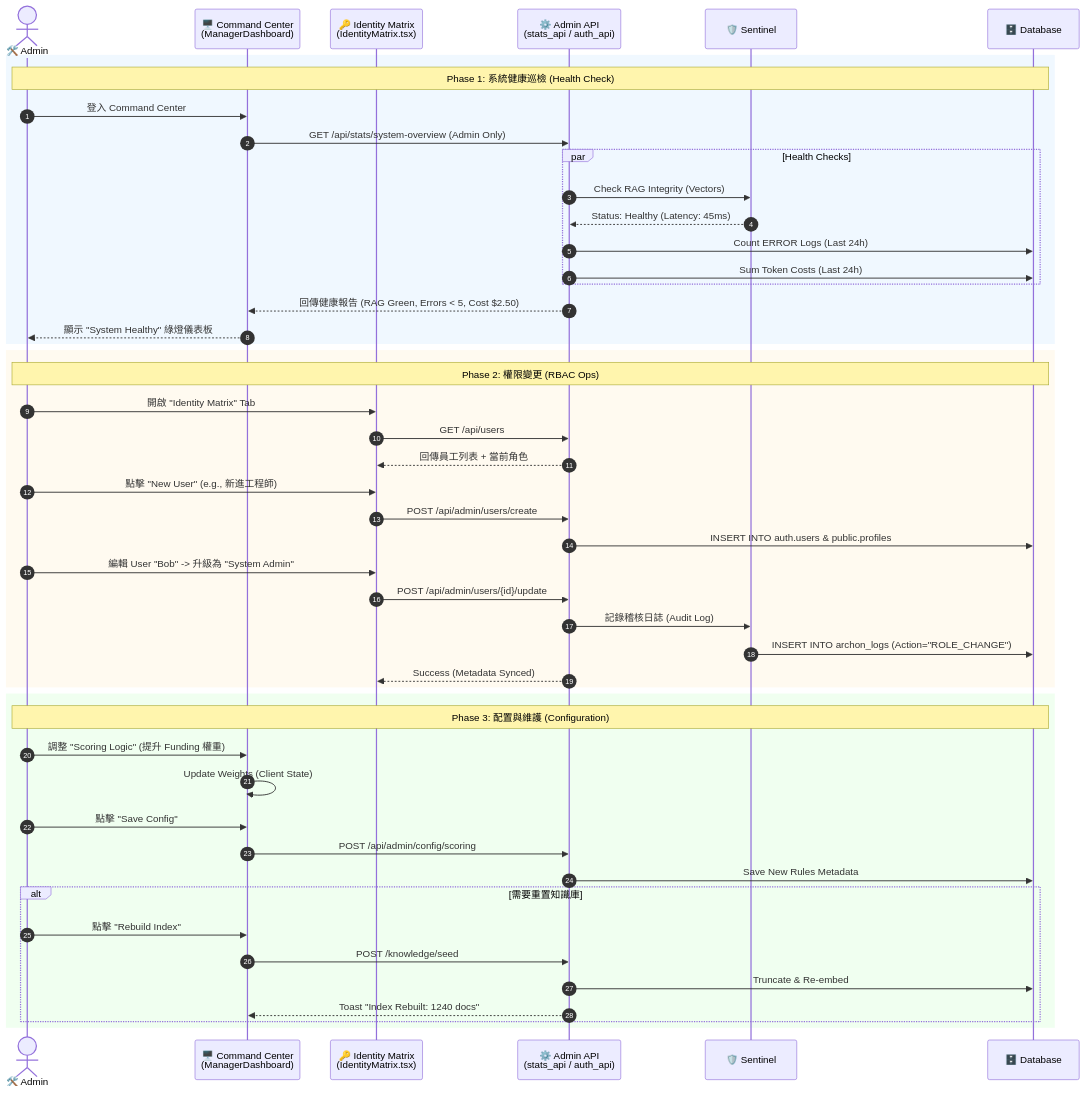
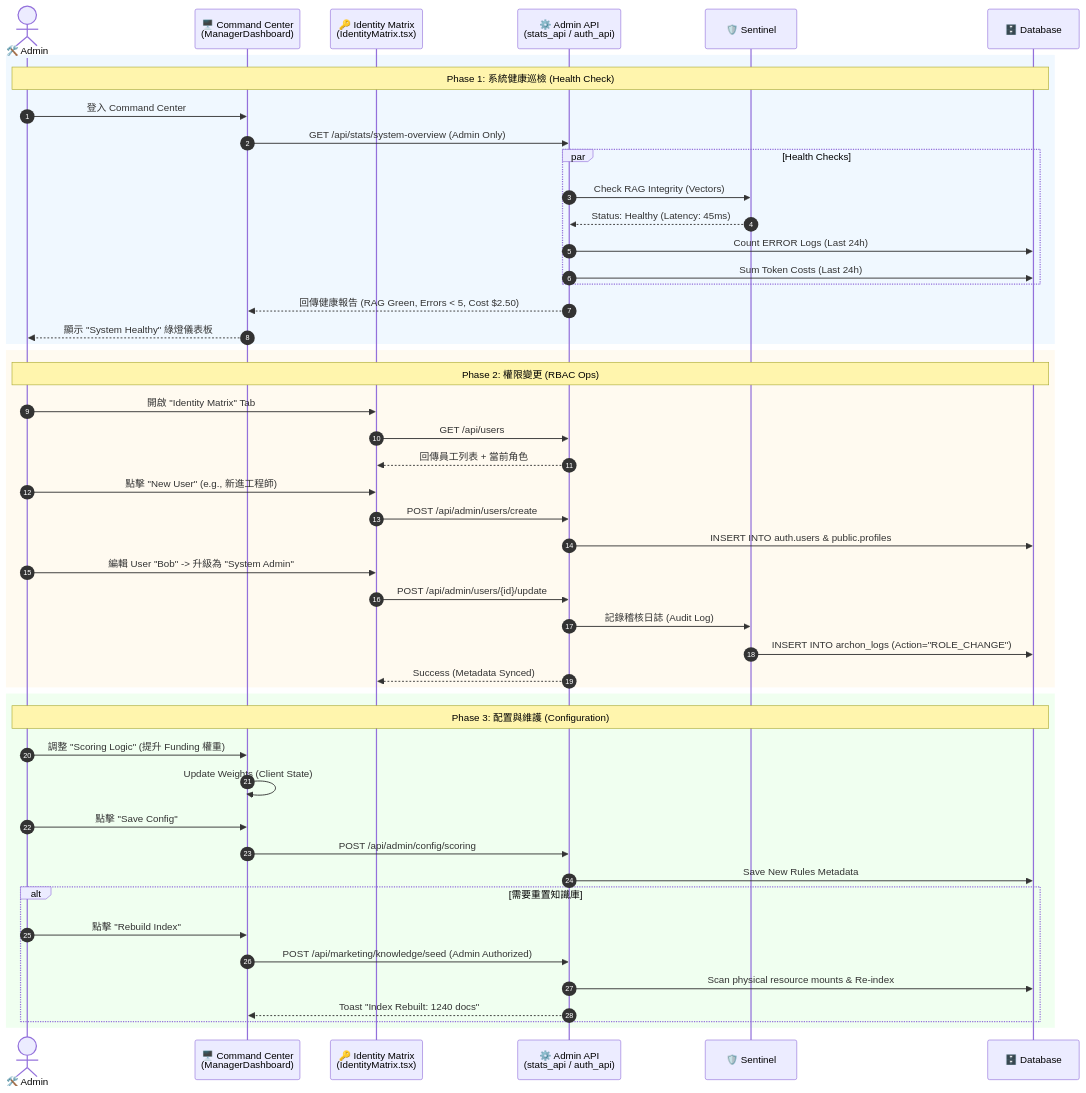
Before and after one commit to info-vin/Archon: the diagram in PRPs/Phase_4.6.4_Admin_Persona_Workflows.md, drawn with Mermaid. The commit also changed other lines of this file and 1 other file, not shown here.

Commit message:
feat(sys): align Admin API routes and reinforce marketing billing logic

````diff
--- a/PRPs/Phase_4.6.4_Admin_Persona_Workflows.md
+++ b/PRPs/Phase_4.6.4_Admin_Persona_Workflows.md
@@ -43,72 +43,72 @@
 ```mermaid
 sequenceDiagram
     autonumber
     actor Admin as 🛠️ Admin
     participant UI as 🖥️ Command Center<br>(ManagerDashboard)
     participant RBAC as 🔑 Identity Matrix<br>(IdentityMatrix.tsx)
     participant API as ⚙️ Admin API<br>(stats_api / auth_api)
     participant Sentinel as 🛡️ Sentinel
     participant DB as 🗄️ Database
 
     %% ==========================================
     %% 1. 系統健康巡檢 (System Health Check)
     %% ==========================================
     rect rgb(240, 248, 255)
     Note over Admin, DB: Phase 1: 系統健康巡檢 (Health Check)
     
     Admin->>UI: 登入 Command Center
     UI->>API: GET /api/stats/system-overview (Admin Only)
     
     par Health Checks
         API->>Sentinel: Check RAG Integrity (Vectors)
         Sentinel-->>API: Status: Healthy (Latency: 45ms)
         API->>DB: Count ERROR Logs (Last 24h)
         API->>DB: Sum Token Costs (Last 24h)
     end
     
     API-->>UI: 回傳健康報告 (RAG Green, Errors < 5, Cost $2.50)
     UI-->>Admin: 顯示 "System Healthy" 綠燈儀表板
     end
 
     %% ==========================================
     %% 2. 身份與權限管理 (RBAC Management)
     %% ==========================================
     rect rgb(255, 250, 240)
     Note over Admin, DB: Phase 2: 權限變更 (RBAC Ops)
     
     Admin->>RBAC: 開啟 "Identity Matrix" Tab
     RBAC->>API: GET /api/users
     API-->>RBAC: 回傳員工列表 + 當前角色
     
     Admin->>RBAC: 點擊 "New User" (e.g., 新進工程師)
     RBAC->>API: POST /api/admin/users/create
     API->>DB: INSERT INTO auth.users & public.profiles
     
     Admin->>RBAC: 編輯 User "Bob" -> 升級為 "System Admin"
     RBAC->>API: POST /api/admin/users/{id}/update
     
     API->>Sentinel: 記錄稽核日誌 (Audit Log)
     Sentinel->>DB: INSERT INTO archon_logs (Action="ROLE_CHANGE")
     API-->>RBAC: Success (Metadata Synced)
     end
 
     %% ==========================================
     %% 3. 系統配置與維護 (System Ops)
     %% ==========================================
     rect rgb(240, 255, 240)
     Note over Admin, DB: Phase 3: 配置與維護 (Configuration)
     
     Admin->>UI: 調整 "Scoring Logic" (提升 Funding 權重)
     UI->>UI: Update Weights (Client State)
     Admin->>UI: 點擊 "Save Config"
     UI->>API: POST /api/admin/config/scoring
     API->>DB: Save New Rules Metadata
     
     alt 需要重置知識庫
         Admin->>UI: 點擊 "Rebuild Index"
-        UI->>API: POST /knowledge/seed
-        API->>DB: Truncate & Re-embed
+        UI->>API: POST /api/marketing/knowledge/seed (Admin Authorized)
+        API->>DB: Scan physical resource mounts & Re-index
         API-->>UI: Toast "Index Rebuilt: 1240 docs"
     end
     end
 ```
````
